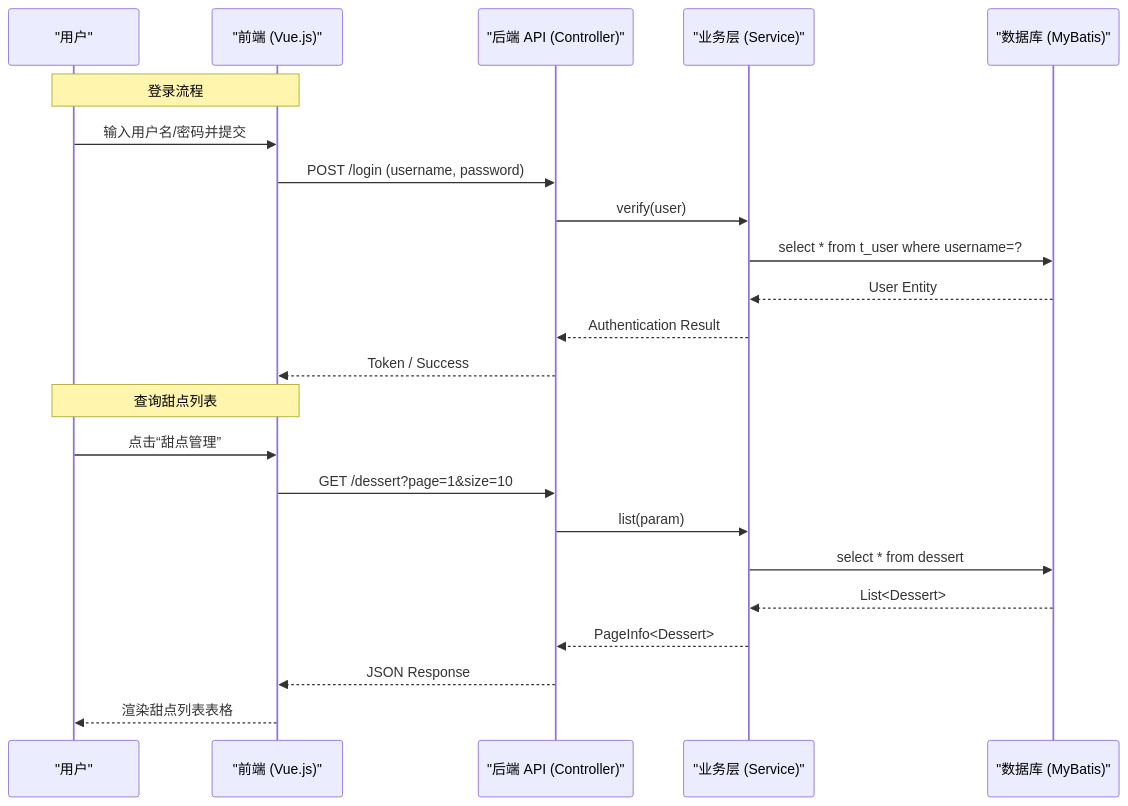
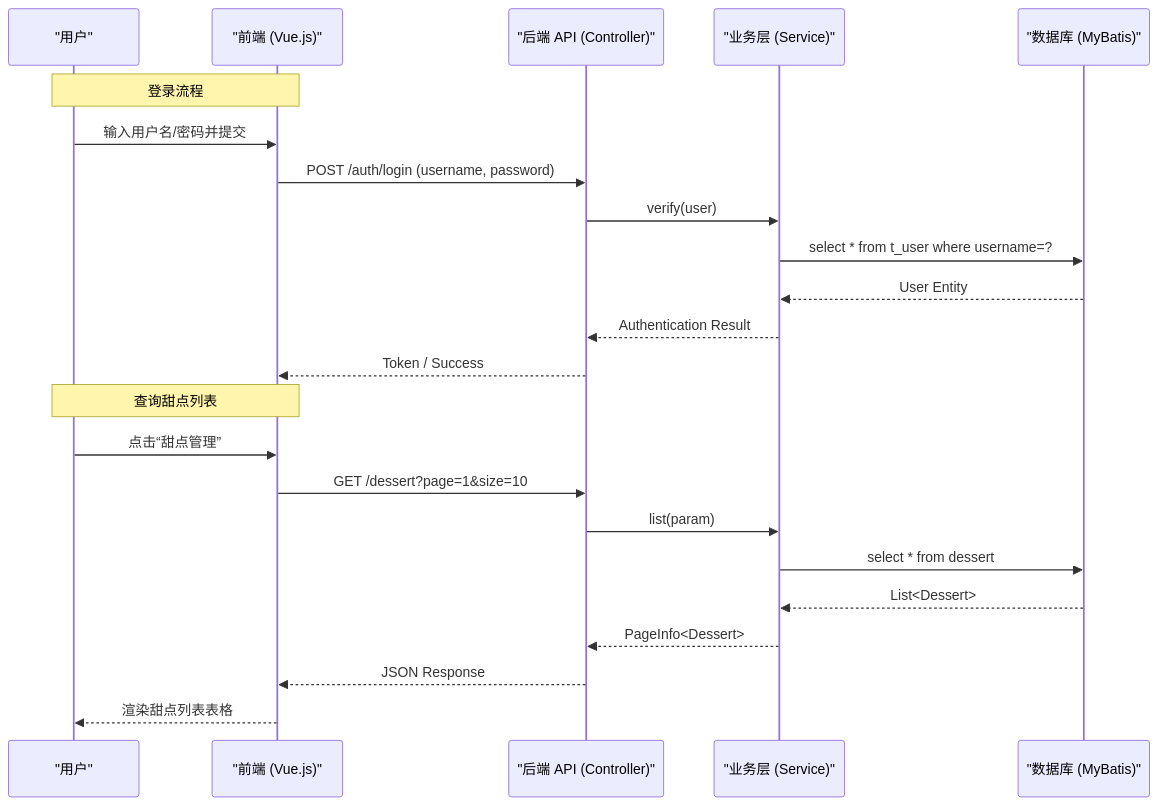
The diagram in docs/sequence.mermaid (eastenzero/dessert-management), drawn with Mermaid before and after one commit. The commit also changed 25 other files, not shown here.

```diff
--- a/docs/sequence.mermaid
+++ b/docs/sequence.mermaid
@@ -1,25 +1,25 @@
 sequenceDiagram
     participant User as "用户"
     participant Vue as "前端 (Vue.js)"
     participant API as "后端 API (Controller)"
     participant Service as "业务层 (Service)"
     participant DB as "数据库 (MyBatis)"
 
     Note over User, Vue: 登录流程
     User->>Vue: 输入用户名/密码并提交
-    Vue->>API: POST /login (username, password)
+    Vue->>API: POST /auth/login (username, password)
     API->>Service: verify(user)
     Service->>DB: select * from t_user where username=?
     DB-->>Service: User Entity
     Service-->>API: Authentication Result
     API-->>Vue: Token / Success
     
     Note over User, Vue: 查询甜点列表
     User->>Vue: 点击“甜点管理”
     Vue->>API: GET /dessert?page=1&size=10
     API->>Service: list(param)
     Service->>DB: select * from dessert
     DB-->>Service: List<Dessert>
     Service-->>API: PageInfo<Dessert>
     API-->>Vue: JSON Response
     Vue-->>User: 渲染甜点列表表格
```
